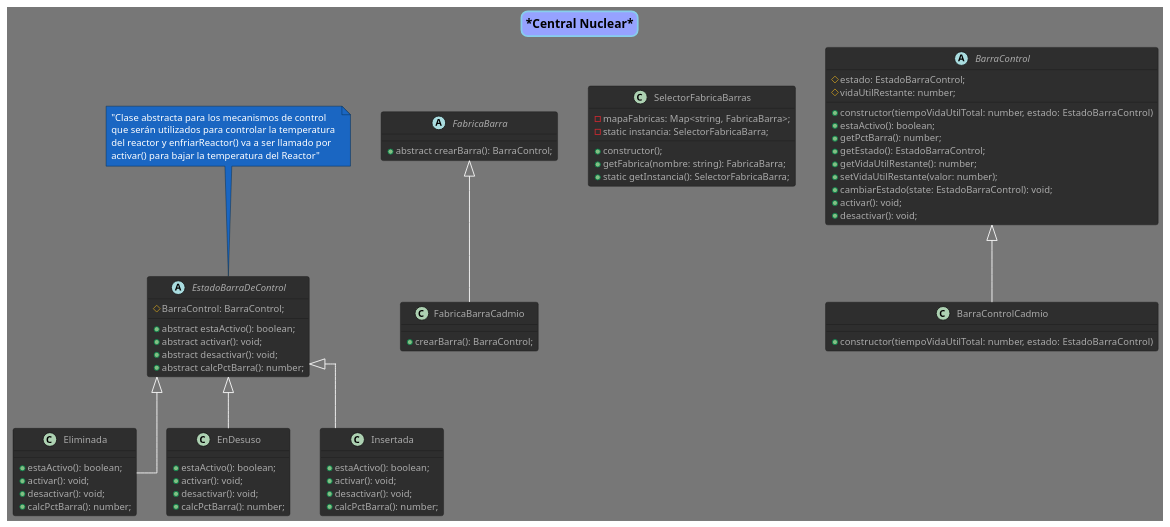
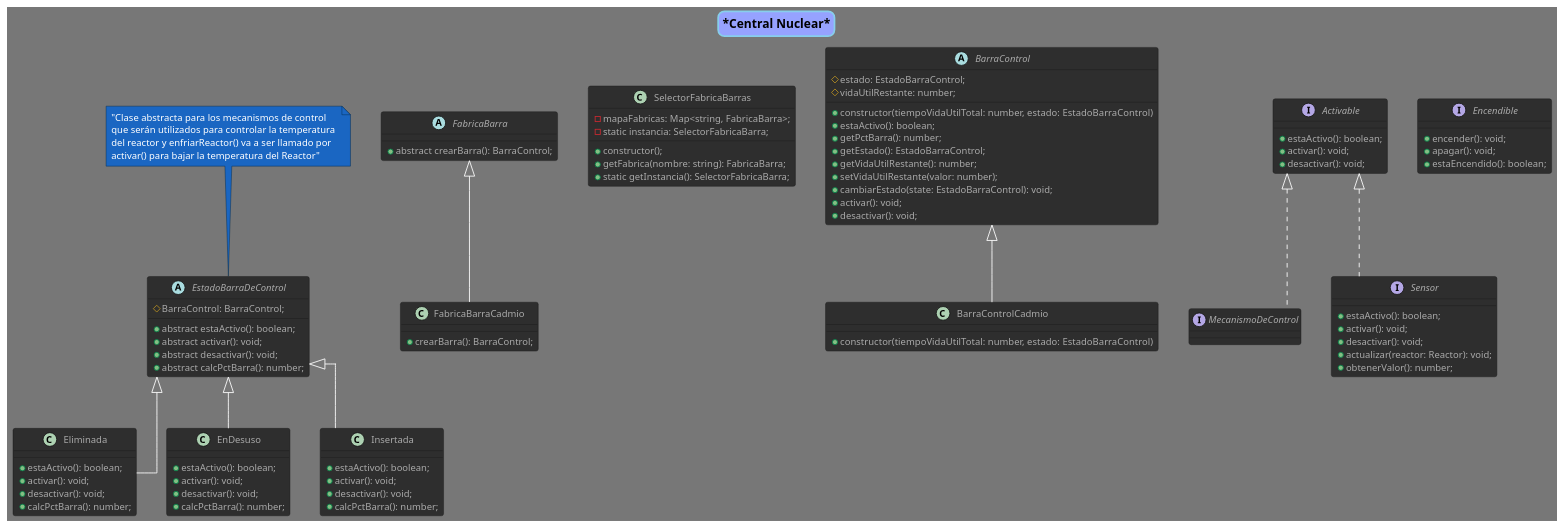
The diagram in diagrams/clases_central_nuclear.puml (fmiguezo/reactor_nuclear), drawn with PlantUML before and after one commit.

Commit message:
interfaces agregadas

```diff
--- a/diagrams/clases_central_nuclear.puml
+++ b/diagrams/clases_central_nuclear.puml
@@ -1,95 +1,120 @@
 @startuml Tp
 
 title "Central Nuclear"
 !theme reddress-darkblue
 scale 1.3
 skinparam Linetype ortho
 
 title *Central Nuclear*
 skinparam titleBorderRoundCorner 15
 skinparam titleBorderThickness 2
 skinparam titleBorderColor skyBlue
 skinparam titleBackgroundColor #96a2ff
 
 
 
 abstract class EstadoBarraDeControl {
     #BarraControl: BarraControl;
 
     +abstract estaActivo(): boolean;
     +abstract activar(): void;
     +abstract desactivar(): void;
     +abstract calcPctBarra(): number;
 }
 
 class Eliminada {
     +estaActivo(): boolean;
     +activar(): void;
     +desactivar(): void;
     +calcPctBarra(): number;
 }
 
 class EnDesuso {
     +estaActivo(): boolean;
     +activar(): void;
     +desactivar(): void;
     +calcPctBarra(): number;
 }
 
 class Insertada {
     +estaActivo(): boolean;
     +activar(): void;
     +desactivar(): void;
     +calcPctBarra(): number;
 }
 
 abstract class FabricaBarra {
     +abstract crearBarra(): BarraControl;
 }
 
 class FabricaBarraCadmio {
     +crearBarra(): BarraControl;
 }
 
 class SelectorFabricaBarras {
     -mapaFabricas: Map<string, FabricaBarra>;
     -static instancia: SelectorFabricaBarra;
 
     +constructor();
     +getFabrica(nombre: string): FabricaBarra;
     +static getInstancia(): SelectorFabricaBarra;
 }
 
 abstract class BarraControl {
     #estado: EstadoBarraControl;
     #vidaUtilRestante: number;
 
     +constructor(tiempoVidaUtilTotal: number, estado: EstadoBarraControl)
     +estaActivo(): boolean;
     +getPctBarra(): number;
     +getEstado(): EstadoBarraControl;
     +getVidaUtilRestante(): number;
     +setVidaUtilRestante(valor: number);
     +cambiarEstado(state: EstadoBarraControl): void;
     +activar(): void;
     +desactivar(): void;
 }
 
 class BarraControlCadmio {
     +constructor(tiempoVidaUtilTotal: number, estado: EstadoBarraControl)
 }
 
+interface Activable {
+    +estaActivo(): boolean;
+    +activar(): void;
+    +desactivar(): void;
+}
+
+interface Encendible {
+    +encender(): void;
+    +apagar(): void;
+    +estaEncendido(): boolean;
+}
+
+interface MecanismoDeControl {
+
+}
+
+interface Sensor {
+    +estaActivo(): boolean;
+    +activar(): void;
+    +desactivar(): void;
+    +actualizar(reactor: Reactor): void;
+    +obtenerValor(): number;
+}
+
 'Relaciones
 EstadoBarraDeControl <|-- Eliminada
 EstadoBarraDeControl <|-- EnDesuso
 EstadoBarraDeControl <|-- Insertada
+FabricaBarra <|-- FabricaBarraCadmio
+BarraControl <|-- BarraControlCadmio
 
-FabricaBarra <|-- FabricaBarraCadmio
-
-BarraControl <|-- BarraControlCadmio
+Activable <|.. MecanismoDeControl
+Activable <|.. Sensor
 
 
 'Notas
 note top of EstadoBarraDeControl: "Clase abstracta para los mecanismos de control \nque serán utilizados para controlar la temperatura \ndel reactor y enfriarReactor() va a ser llamado por \nactivar() para bajar la temperatura del Reactor"
 
 @enduml
```
